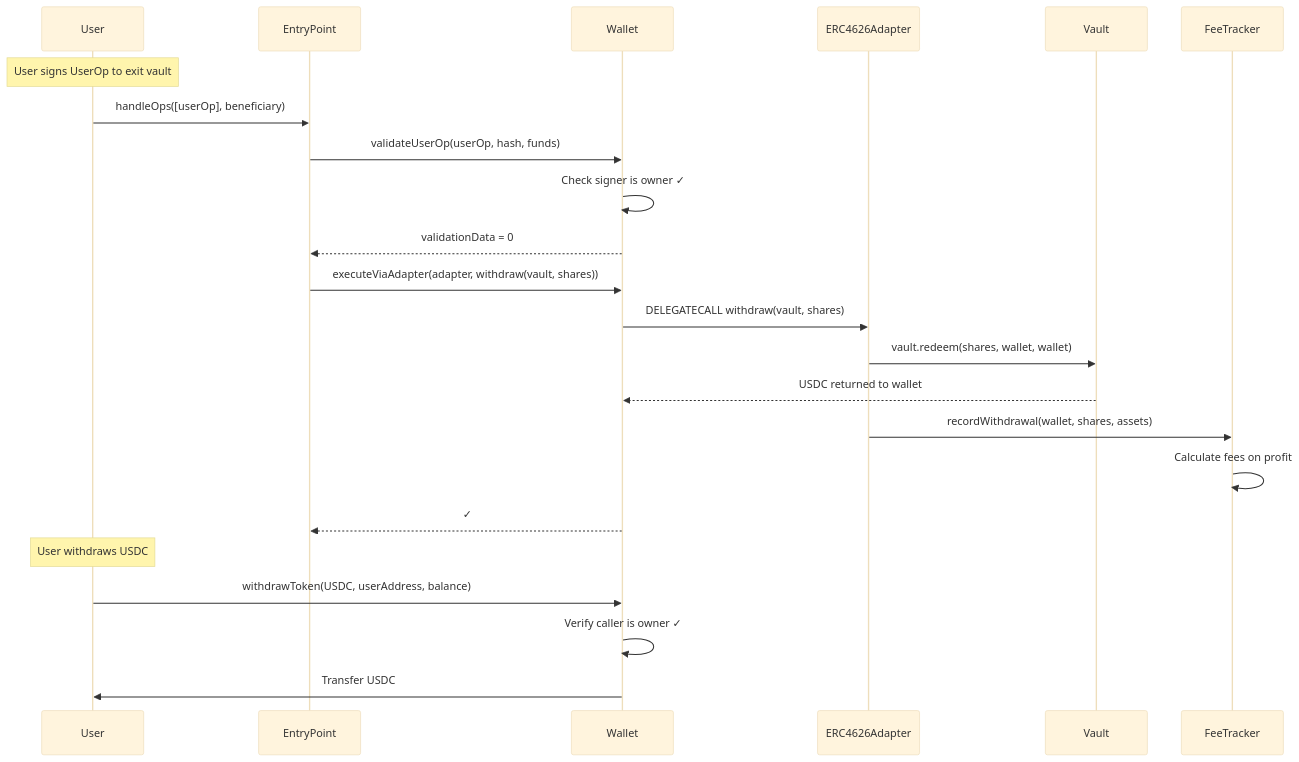
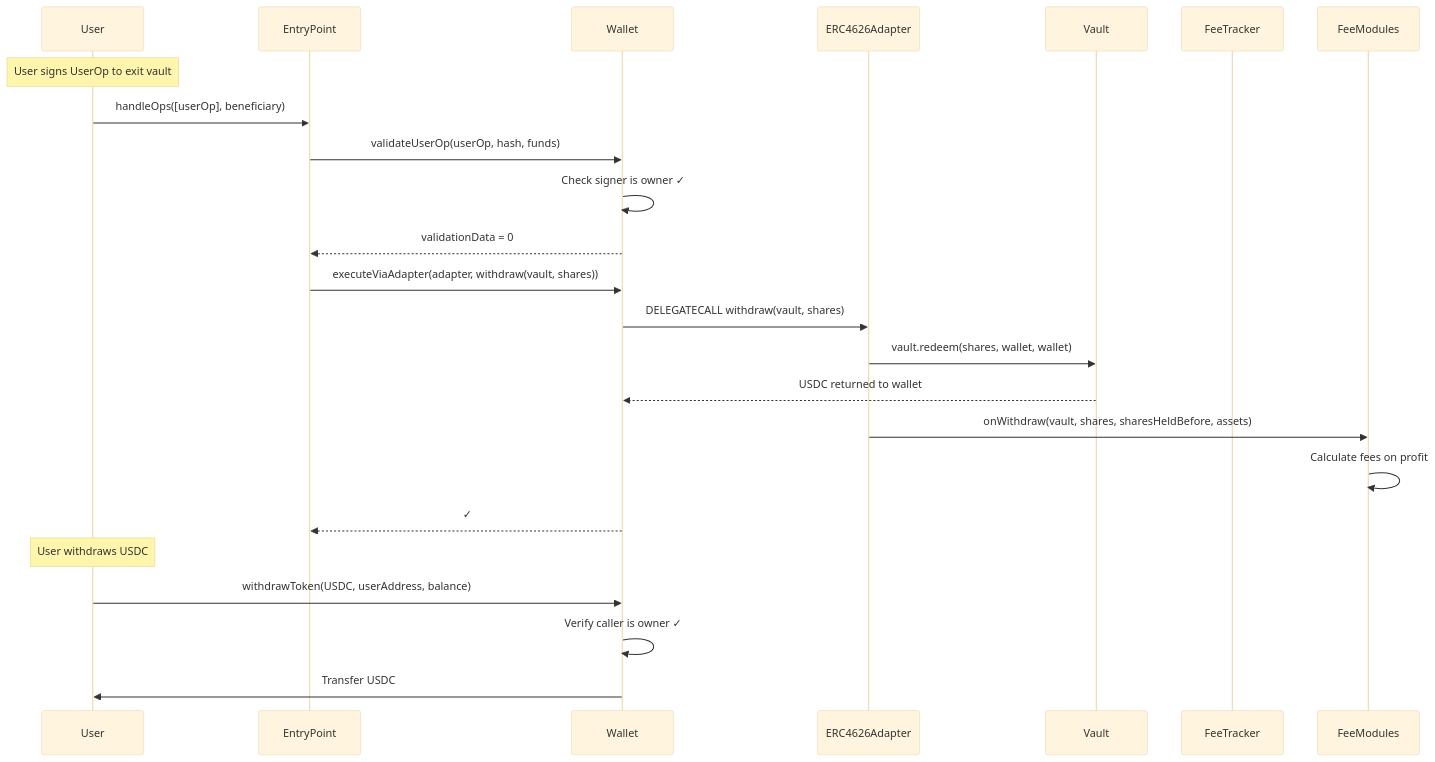
Before and after one commit to tokenpage/yieldseeker-contracts: the fourth of 6 diagrams in README.md, drawn with Mermaid (base theme). The commit also changed other lines of this file and 60 other files, not shown here.

Commit message:
Fees: adapters report facts to every fee module; yield fee module; borrow fees due in base asset

````diff
--- a/README.md
+++ b/README.md
@@ -671,27 +670,27 @@
 ```mermaid
 sequenceDiagram
     participant User
     participant EP as EntryPoint
     participant Wallet
     participant Adapter as ERC4626Adapter
     participant Vault
     participant FeeTracker
 
     Note over User: User signs UserOp to exit vault
     User->>EP: handleOps([userOp], beneficiary)
     EP->>Wallet: validateUserOp(userOp, hash, funds)
     Wallet->>Wallet: Check signer is owner ✓
     Wallet-->>EP: validationData = 0
     EP->>Wallet: executeViaAdapter(adapter, withdraw(vault, shares))
     Wallet->>Adapter: DELEGATECALL withdraw(vault, shares)
     Adapter->>Vault: vault.redeem(shares, wallet, wallet)
     Vault-->>Wallet: USDC returned to wallet
-    Adapter->>FeeTracker: recordWithdrawal(wallet, shares, assets)
-    FeeTracker->>FeeTracker: Calculate fees on profit
+    Adapter->>FeeModules: onWithdraw(vault, shares, sharesHeldBefore, assets)
+    FeeModules->>FeeModules: Calculate fees on profit
     Wallet-->>EP: ✓
 
     Note over User: User withdraws USDC
     User->>Wallet: withdrawToken(USDC, userAddress, balance)
     Wallet->>Wallet: Verify caller is owner ✓
     Wallet->>User: Transfer USDC
 ```
````
